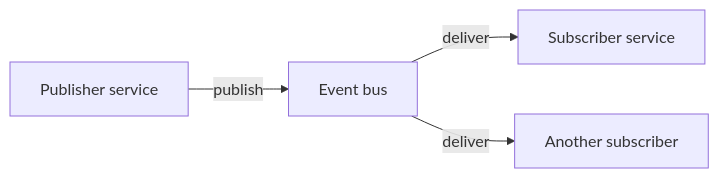
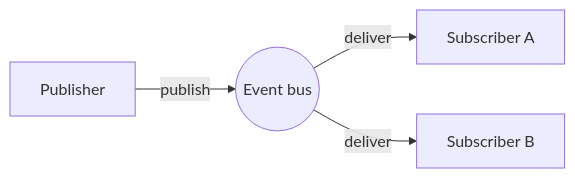
The third of 3 diagrams in docs/developer/overview/architecture.rst (rick12000/vocalance), drawn with Mermaid before and after one commit. The commit also changed other lines of this file and 12 other files, not shown here.

```diff
--- a/docs/developer/overview/architecture.rst
+++ b/docs/developer/overview/architecture.rst
@@ -90,6 +130,6 @@
 .. mermaid::
 
    flowchart LR
-       P[Publisher service] -->|publish| Bus[Event bus]
-       Bus -->|deliver| S1[Subscriber service]
-       Bus -->|deliver| S2[Another subscriber]
+       P[Publisher] -->|publish| Bus((Event bus))
+       Bus -->|deliver| S1[Subscriber A]
+       Bus -->|deliver| S2[Subscriber B]
```
